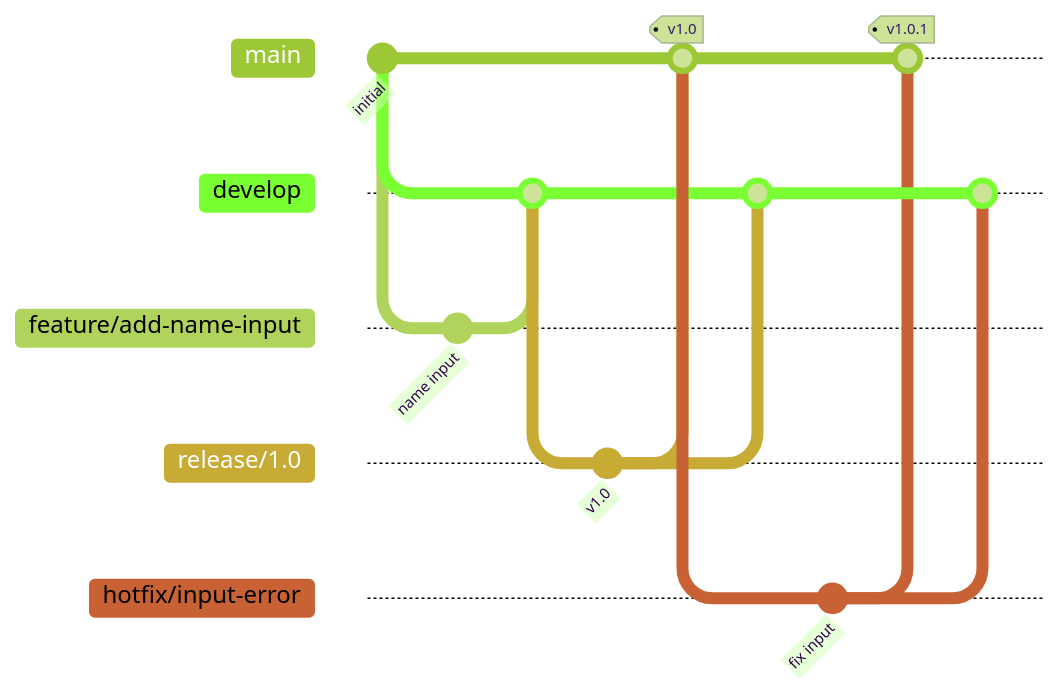
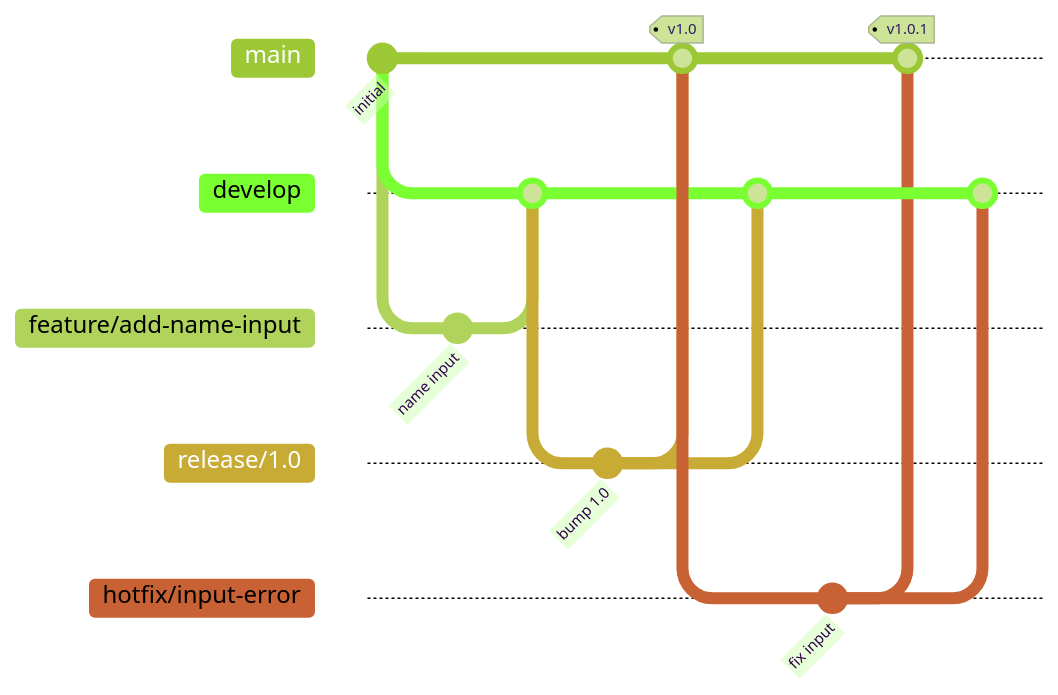
One commit to vedanta/gitflow-sample changed the fifth of 5 diagrams in README.md. Above: the diagram before and after it, drawn with Mermaid (forest theme). The commit also changed other lines of this file, not shown here.

Commit message:
Update README with release info and improved diagrams

````diff
--- a/README.md
+++ b/README.md
@@ -103,23 +103,23 @@
 ```mermaid
 gitGraph
     commit id: "initial"
     branch develop
     checkout develop
     branch feature/add-name-input
     commit id: "name input"
     checkout develop
     merge feature/add-name-input
     branch release/1.0
-    commit id: "v1.0"
+    commit id: "bump 1.0"
     checkout main
     merge release/1.0 tag: "v1.0"
     checkout develop
     merge release/1.0
     checkout main
     branch hotfix/input-error
     commit id: "fix input"
     checkout main
     merge hotfix/input-error tag: "v1.0.1"
     checkout develop
     merge hotfix/input-error
 ```
````
